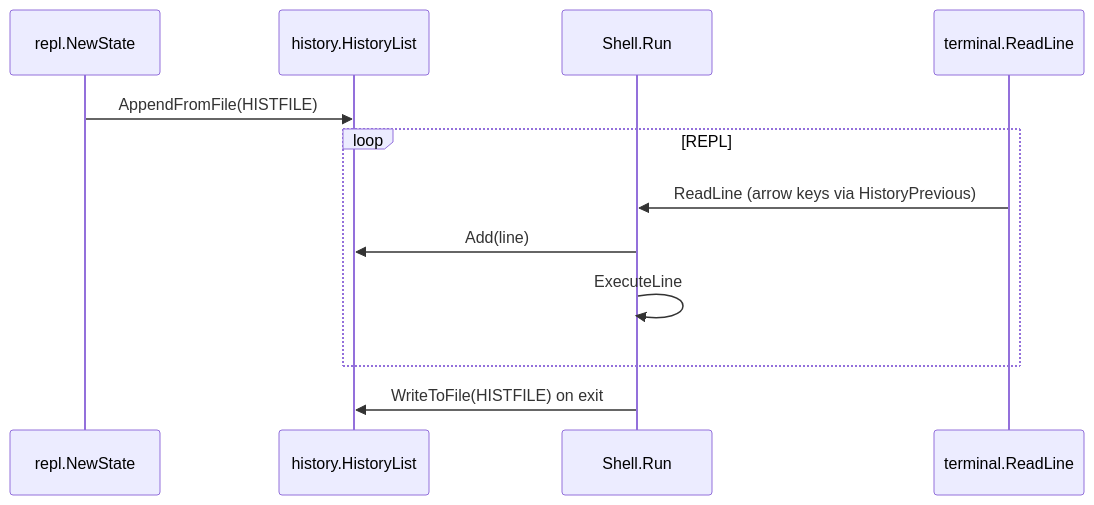
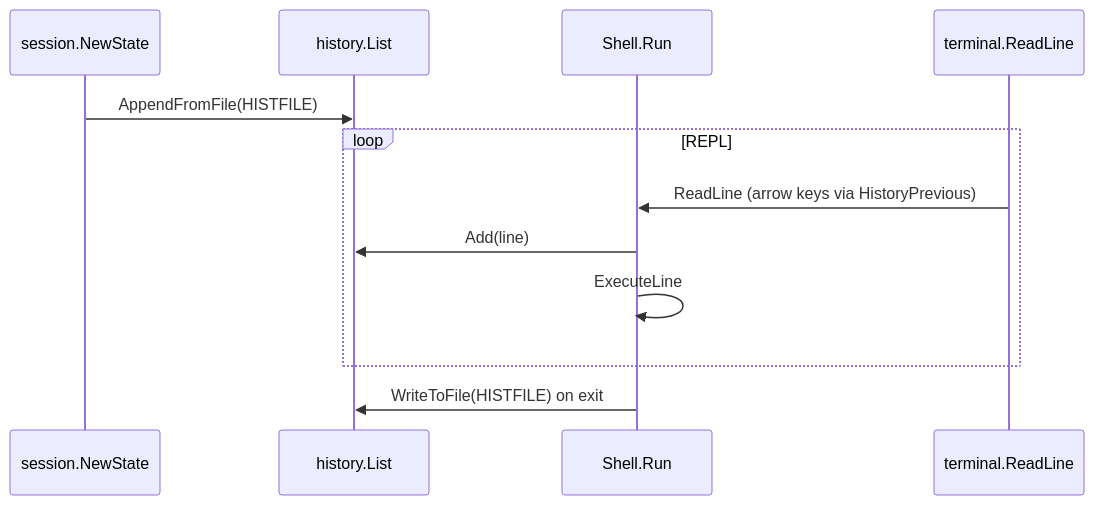
One commit to EmperorOwl/codecrafters-shell-go changed the fourth of 4 diagrams in docs/architecture.md. Above: the diagram before and after it, drawn with Mermaid. The commit also changed other lines of this file and 11 other files, not shown here.

First line of the commit message:
refactor(session): rename repl package and update architecture docs

````diff
--- a/docs/architecture.md
+++ b/docs/architecture.md
@@ -453,15 +568,15 @@
 ```mermaid
 sequenceDiagram
-    participant repl as repl.NewState
-    participant hist as history.HistoryList
+    participant session as session.NewState
+    participant hist as history.List
     participant shell as Shell.Run
     participant term as terminal.ReadLine
 
-    repl->>hist: AppendFromFile(HISTFILE)
+    session->>hist: AppendFromFile(HISTFILE)
     loop REPL
         term->>shell: ReadLine (arrow keys via HistoryPrevious)
         shell->>hist: Add(line)
         shell->>shell: ExecuteLine
     end
     shell->>hist: WriteToFile(HISTFILE) on exit
 ```
````
